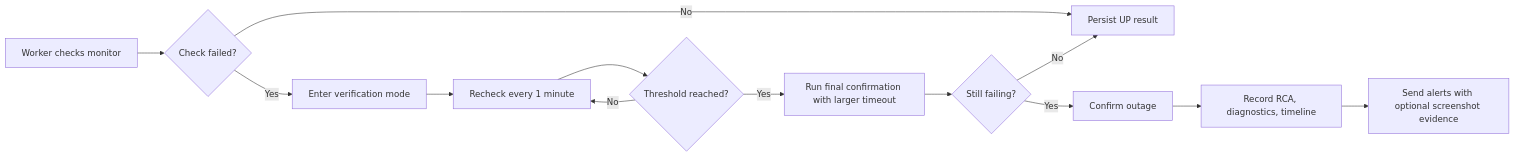
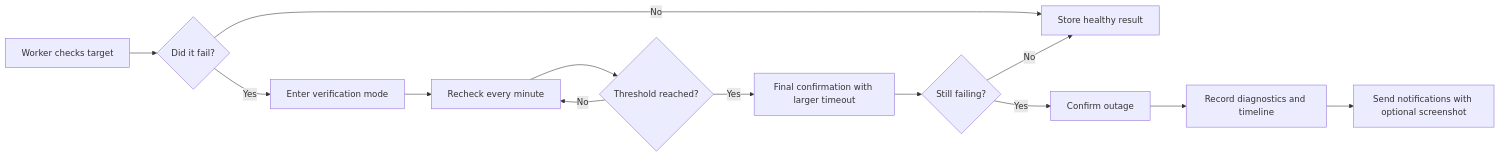
The diagram in README.md (febroine/sentrovia-monitoring), drawn with Mermaid before and after one commit. The commit also changed other lines of this file and 37 other files, not shown here.

Commit message:
Improve timeout alerts and notification localization

````diff
--- a/README.md
+++ b/README.md
@@ -179,15 +171,15 @@
 ```mermaid
 flowchart LR
-    A["Worker checks monitor"] --> B{"Check failed?"}
-    B -- "No" --> C["Persist UP result"]
+    A["Worker checks target"] --> B{"Did it fail?"}
+    B -- "No" --> C["Store healthy result"]
     B -- "Yes" --> D["Enter verification mode"]
-    D --> E["Recheck every 1 minute"]
+    D --> E["Recheck every minute"]
     E --> F{"Threshold reached?"}
     F -- "No" --> E
-    F -- "Yes" --> G["Run final confirmation with larger timeout"]
+    F -- "Yes" --> G["Final confirmation with larger timeout"]
     G --> H{"Still failing?"}
     H -- "No" --> C
     H -- "Yes" --> I["Confirm outage"]
-    I --> J["Record RCA, diagnostics, timeline"]
-    J --> K["Send alerts with optional screenshot evidence"]
+    I --> J["Record diagnostics and timeline"]
+    J --> K["Send notifications with optional screenshot"]
 ```
````
